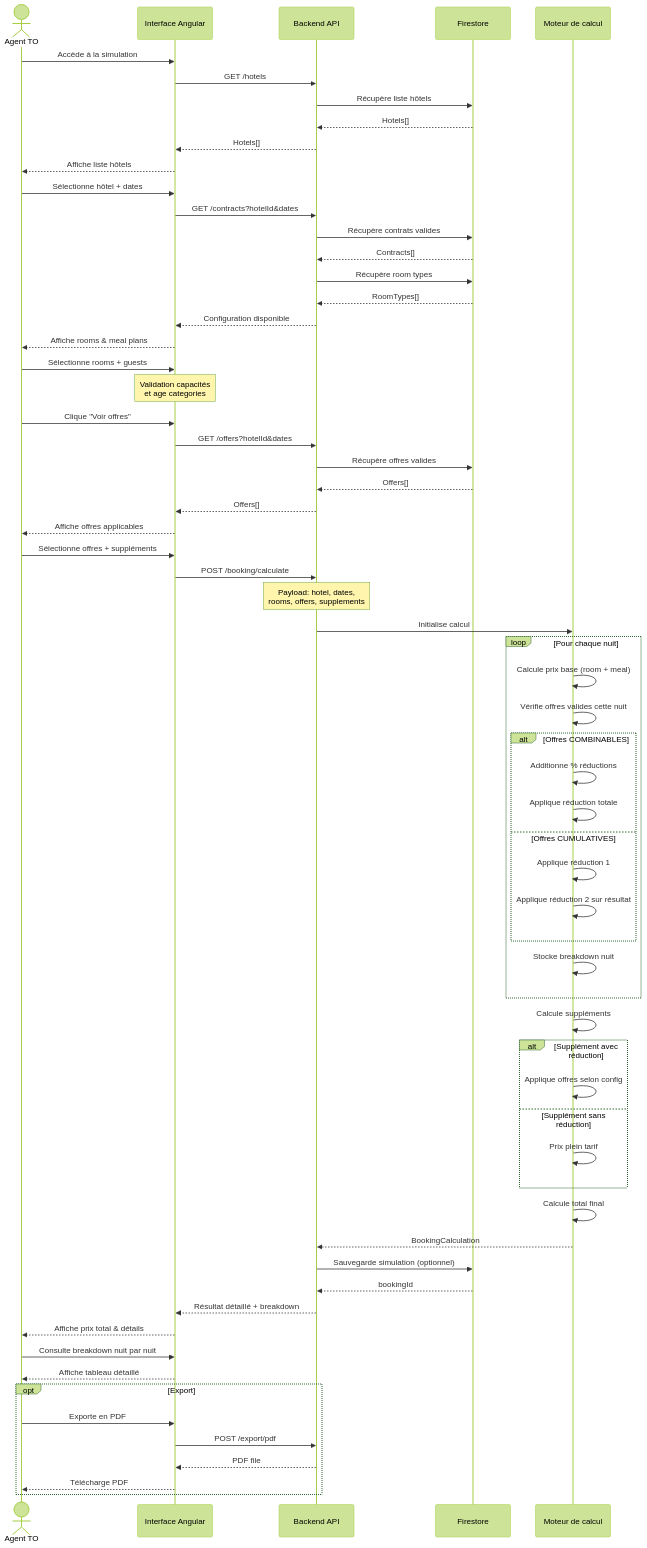
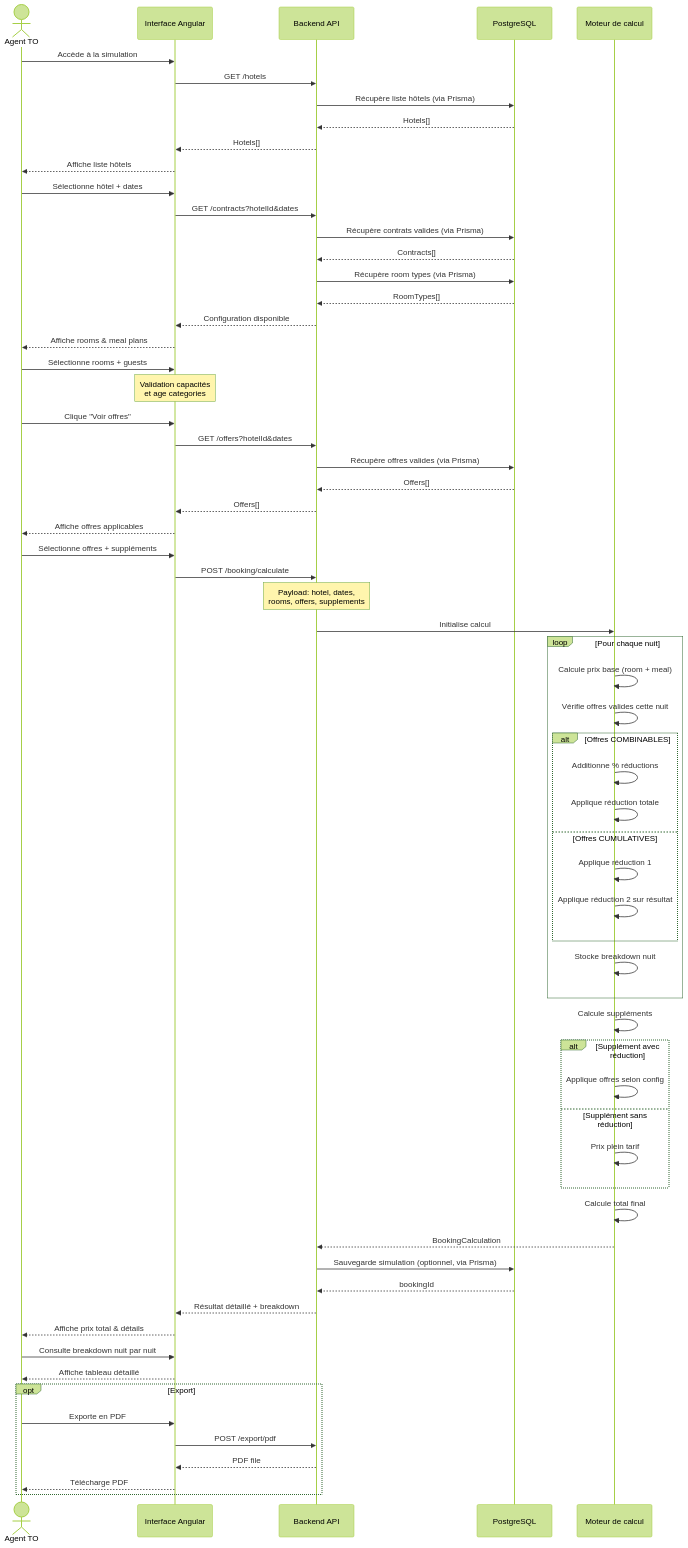
The diagram in diagram_de_sequence.md (tokimanana/Runner), drawn with Mermaid (forest theme) before and after one commit. The commit also changed 6 other files, not shown here.

````diff
--- a/diagram_de_sequence.md
+++ b/diagram_de_sequence.md
@@ -1,81 +1,81 @@
 ```mermaid
 sequenceDiagram
     actor Agent as Agent TO
     participant UI as Interface Angular
     participant API as Backend API
-    participant DB as Firestore
+    participant DB as PostgreSQL
     participant Calc as Moteur de calcul
 
     Agent->>UI: Accède à la simulation
     UI->>API: GET /hotels
-    API->>DB: Récupère liste hôtels
+    API->>DB: Récupère liste hôtels (via Prisma)
     DB-->>API: Hotels[]
     API-->>UI: Hotels[]
     UI-->>Agent: Affiche liste hôtels
 
     Agent->>UI: Sélectionne hôtel + dates
     UI->>API: GET /contracts?hotelId&dates
-    API->>DB: Récupère contrats valides
+    API->>DB: Récupère contrats valides (via Prisma)
     DB-->>API: Contracts[]
-    API->>DB: Récupère room types
+    API->>DB: Récupère room types (via Prisma)
     DB-->>API: RoomTypes[]
     API-->>UI: Configuration disponible
     UI-->>Agent: Affiche rooms & meal plans
 
     Agent->>UI: Sélectionne rooms + guests
     Note over UI: Validation capacités<br/>et age categories
     
     Agent->>UI: Clique "Voir offres"
     UI->>API: GET /offers?hotelId&dates
-    API->>DB: Récupère offres valides
+    API->>DB: Récupère offres valides (via Prisma)
     DB-->>API: Offers[]
     API-->>UI: Offers[]
     UI-->>Agent: Affiche offres applicables
 
     Agent->>UI: Sélectionne offres + suppléments
     UI->>API: POST /booking/calculate
     Note over API: Payload: hotel, dates,<br/>rooms, offers, supplements
     
     API->>Calc: Initialise calcul
     
     loop Pour chaque nuit
         Calc->>Calc: Calcule prix base (room + meal)
         Calc->>Calc: Vérifie offres valides cette nuit
         
         alt Offres COMBINABLES
             Calc->>Calc: Additionne % réductions
             Calc->>Calc: Applique réduction totale
         else Offres CUMULATIVES
             Calc->>Calc: Applique réduction 1
             Calc->>Calc: Applique réduction 2 sur résultat
         end
         
         Calc->>Calc: Stocke breakdown nuit
     end
     
     Calc->>Calc: Calcule suppléments
     alt Supplément avec réduction
         Calc->>Calc: Applique offres selon config
     else Supplément sans réduction
         Calc->>Calc: Prix plein tarif
     end
     
     Calc->>Calc: Calcule total final
     Calc-->>API: BookingCalculation
     
-    API->>DB: Sauvegarde simulation (optionnel)
+    API->>DB: Sauvegarde simulation (optionnel, via Prisma)
     DB-->>API: bookingId
     
     API-->>UI: Résultat détaillé + breakdown
     UI-->>Agent: Affiche prix total & détails
     
     Agent->>UI: Consulte breakdown nuit par nuit
     UI-->>Agent: Affiche tableau détaillé
     
     opt Export
         Agent->>UI: Exporte en PDF
         UI->>API: POST /export/pdf
         API-->>UI: PDF file
         UI-->>Agent: Télécharge PDF
     end
 ```
````
